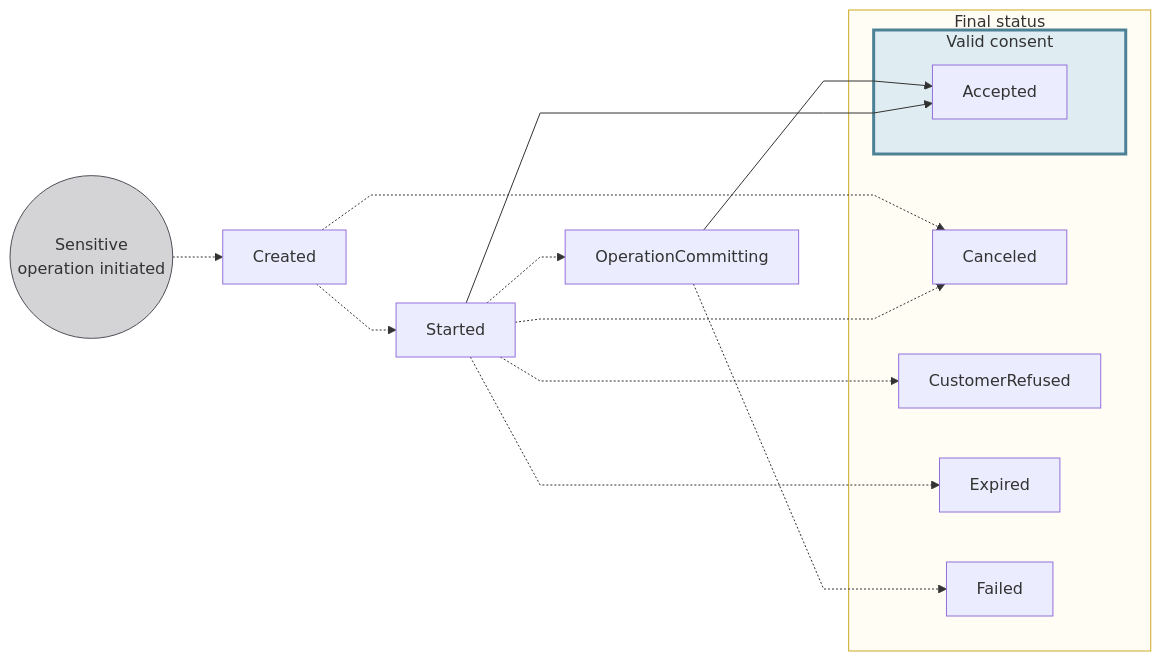
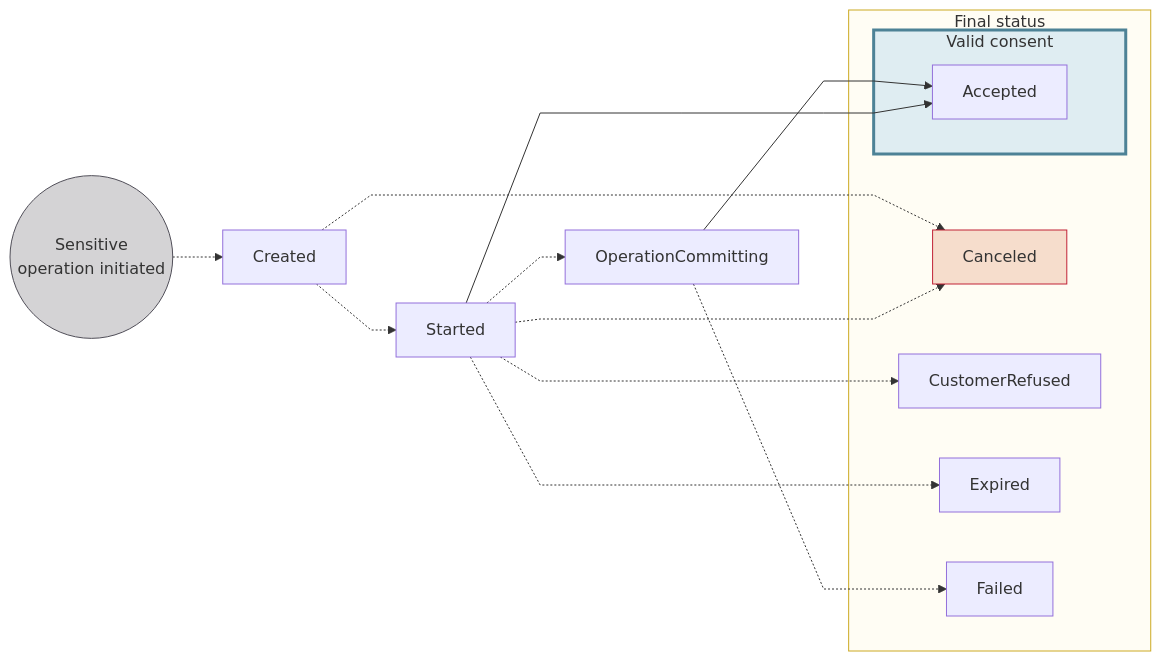
Before and after one commit to swan-io/docs: the diagram in docs/users/concepts/consent/statuses.mdx, drawn with Mermaid. The commit also changed other lines of this file and 2 other files, not shown here.

````diff
--- a/docs/users/concepts/consent/statuses.mdx
+++ b/docs/users/concepts/consent/statuses.mdx
@@ -17,27 +17,28 @@
 ```mermaid
 %%{ init: { 'flowchart': { 'curve': 'linear' } } }%%
 flowchart LR
     SOI((Sensitive<br/>operation initiated)) -.-> C[Created]
     C -.-> S[Started]
     C -.-> CD[Canceled]
     S -.-> CD
     S -.-> OC[OperationCommitting]
     OC --> A[Accepted]
     S --> A
     S -.-> CR[CustomerRefused]
     S -.-> E[Expired]
     OC -.-> FA[Failed]
     subgraph V[Valid consent]
         A
     end
     subgraph F[Final status]
         CD
         CR
         E
         FA
         V
     end
     style SOI fill:#D4D3D5,stroke:#514F59
     style F fill:#fffdf4,stroke:#cca922
     style V fill:#dfedf2,stroke:#4d8296,stroke-width:3px
+    style CD fill:#f6ddcc,stroke:#c12236
 ```
````
